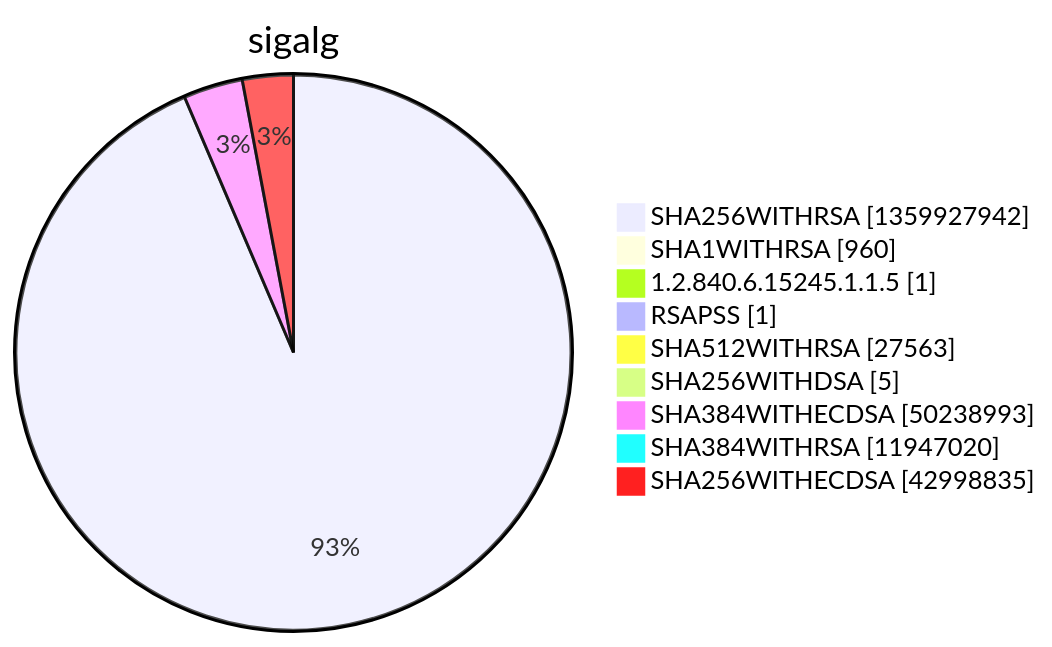
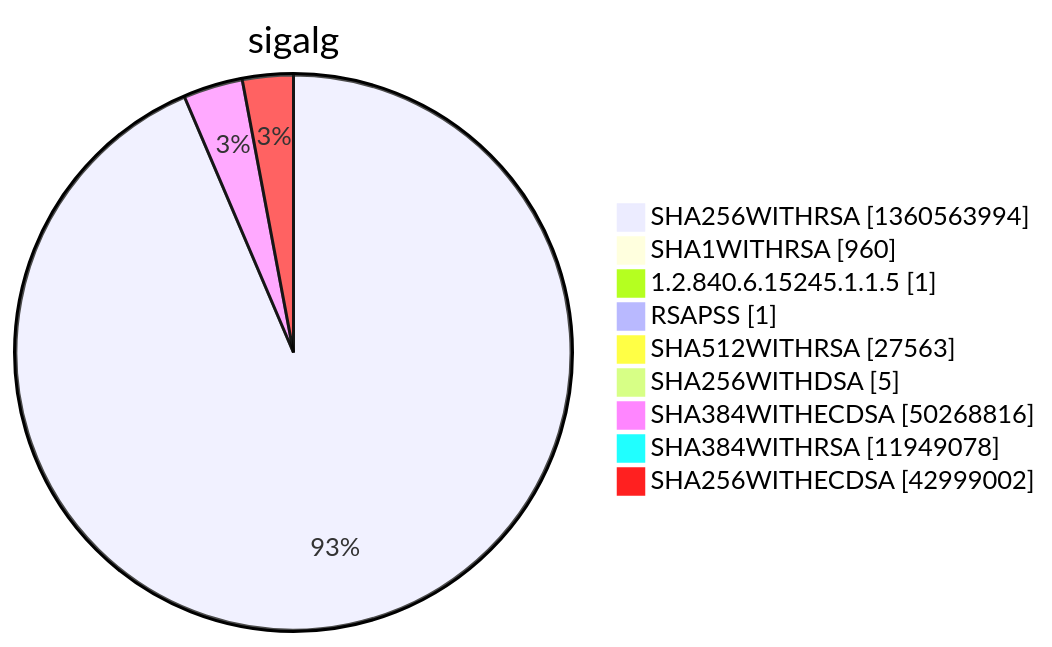
One commit to christiankrug/ctmonitor_visualization changed diagram 15 of 15 in argon2022/README.md. Above: the diagram before and after it, drawn with Mermaid. The commit also changed other lines of this file, not shown here.

````diff
--- a/argon2022/README.md
+++ b/argon2022/README.md
@@ -5524,13 +5524,13 @@
 ```mermaid
 pie showData
 title sigalg
-"SHA256WITHRSA" :1359927942
+"SHA256WITHRSA" :1360563994
 "SHA1WITHRSA" :960
 "1.2.840.6.15245.1.1.5" :1
 "RSAPSS" :1
 "SHA512WITHRSA" :27563
 "SHA256WITHDSA" :5
-"SHA384WITHECDSA" :50238993
-"SHA384WITHRSA" :11947020
-"SHA256WITHECDSA" :42998835
+"SHA384WITHECDSA" :50268816
+"SHA384WITHRSA" :11949078
+"SHA256WITHECDSA" :42999002
 ```
````
